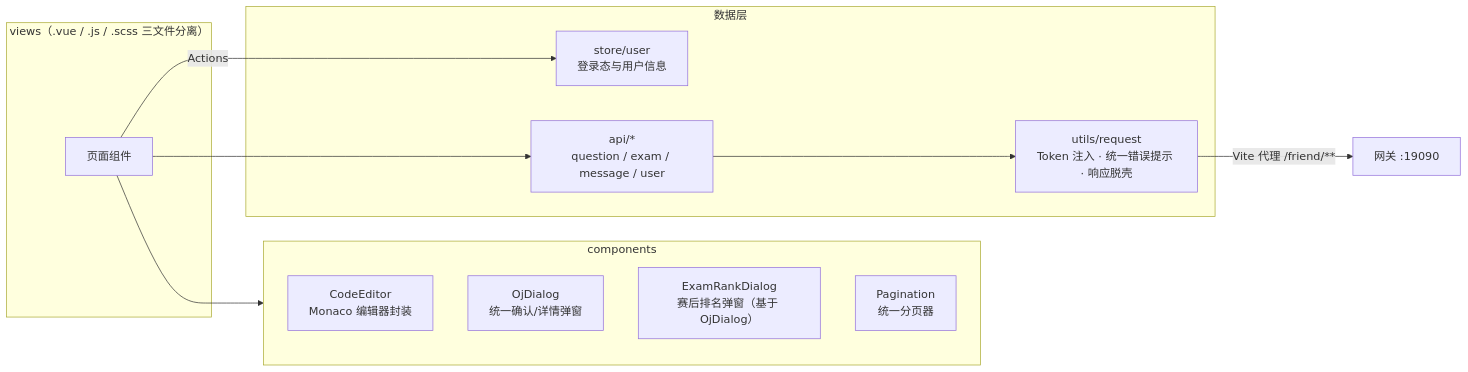
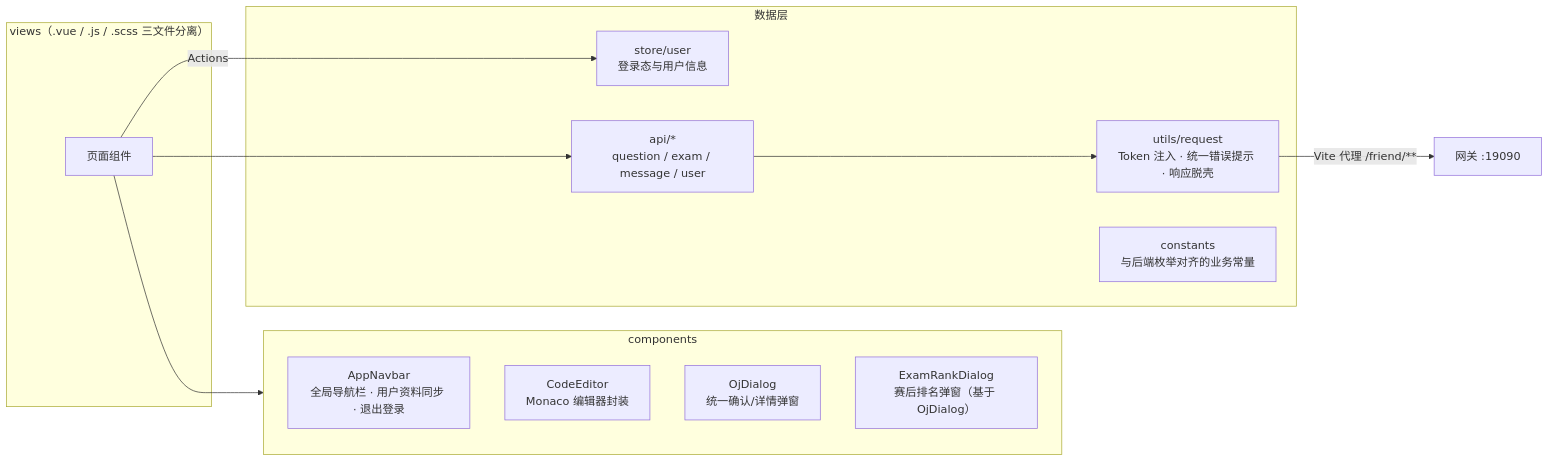
The sixth of 12 diagrams in README.md (pluchon/online_oj_vue), drawn with Mermaid before and after one commit. The commit also changed other lines of this file and 44 other files, not shown here.

````diff
--- a/README.md
+++ b/README.md
@@ -162,23 +162,24 @@
 ```mermaid
 flowchart LR
     subgraph View["views（.vue / .js / .scss 三文件分离）"]
         Pages["页面组件"]
     end
     subgraph Comp["components"]
+        AppNavbar["AppNavbar<br/>全局导航栏 · 用户资料同步 · 退出登录"]
         CodeEditor["CodeEditor<br/>Monaco 编辑器封装"]
         OjDialog["OjDialog<br/>统一确认/详情弹窗"]
         RankDialog["ExamRankDialog<br/>赛后排名弹窗（基于 OjDialog）"]
-        Pagination["Pagination<br/>统一分页器"]
     end
     subgraph Data["数据层"]
         Store["store/user<br/>登录态与用户信息"]
         Api["api/*<br/>question / exam / message / user"]
         Request["utils/request<br/>Token 注入 · 统一错误提示 · 响应脱壳"]
+        Consts["constants<br/>与后端枚举对齐的业务常量"]
     end
 
     Pages --> Comp
     Pages --"Actions"--> Store
     Pages --> Api
     Api --> Request
     Request --"Vite 代理 /friend/**"--> Gateway["网关 :19090"]
 ```
````
